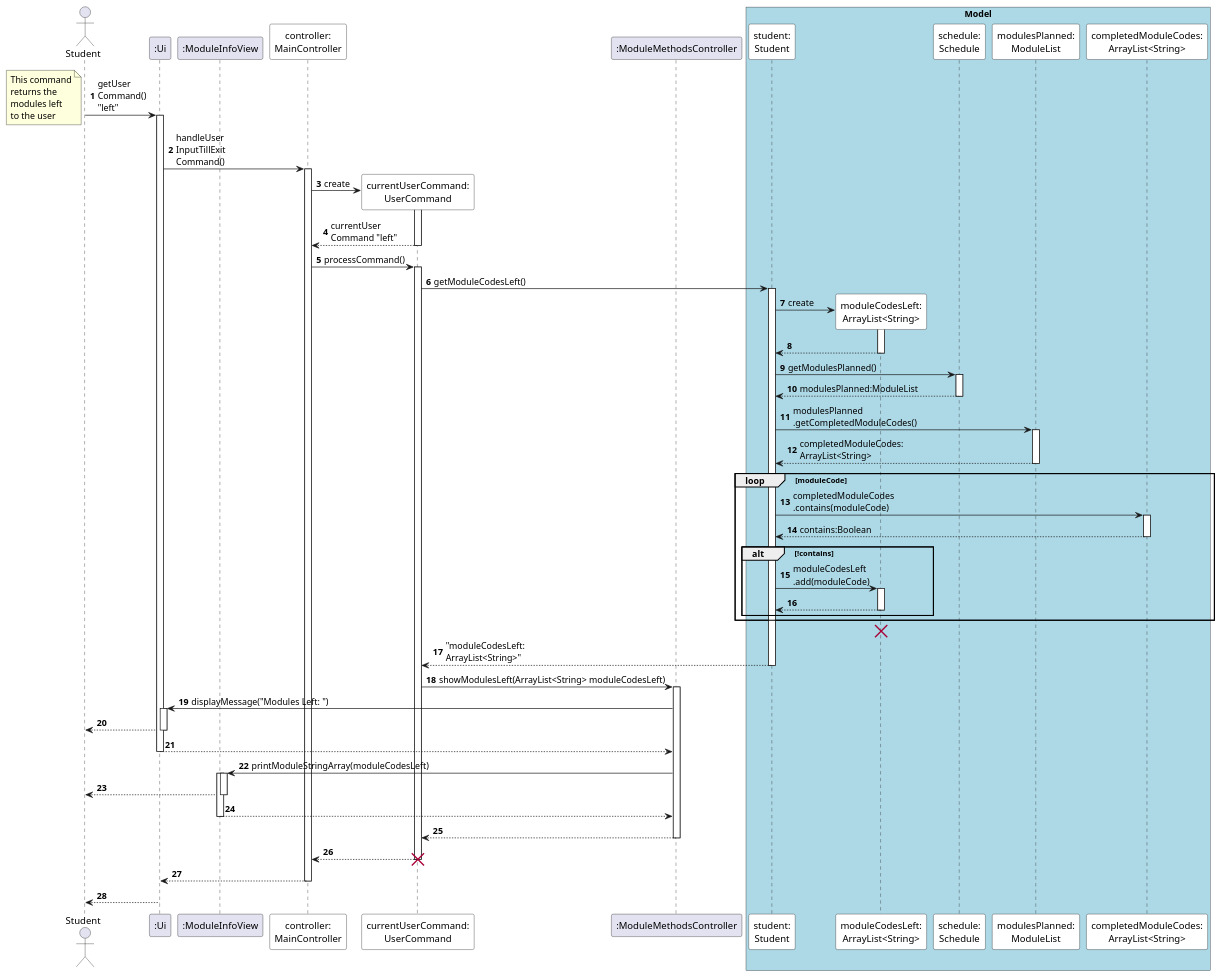
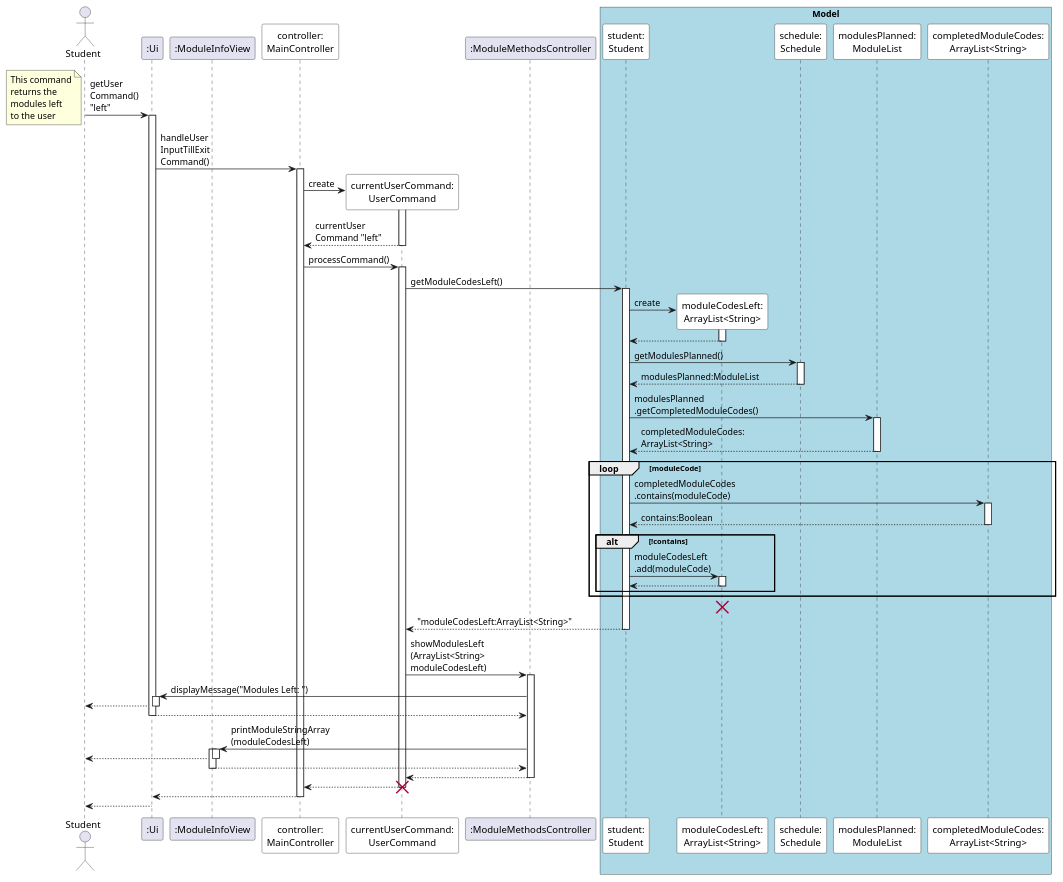
The diagram in docs/diagrams/LeftFeature.puml (ryanlohyr/NUSDegs), drawn with PlantUML before and after one commit.

Commit message:
update left feature sequence diagram again

```diff
--- a/docs/diagrams/LeftFeature.puml
+++ b/docs/diagrams/LeftFeature.puml
@@ -1,109 +1,109 @@
 @startuml
 'https://plantuml.com/sequence-diagram
 
-autonumber
+'autonumber
 autoactivate on
 
 actor Student
 
 participant ":Ui" as UI
 participant ":ModuleInfoView" as MIV
 
 
 Student -> UI: getUser\nCommand() \n"left"
 note bottom
 This command
 returns the
 modules left
 to the user
 end note
 
 participant "controller:\nMainController" as MC #white
 
 UI -> MC: handleUser\nInputTillExit\nCommand()
 
 participant "currentUserCommand:\nUserCommand" as UC #white
 
 participant ":ModuleMethodsController" as MMC
 
 
 MC -> UC **: create
 activate UC
 UC --> MC: currentUser\nCommand "left"
 
 MC -> UC: processCommand()
 
 box "Model" #LightBlue
 participant "student:\nStudent" as S #white
 participant "moduleCodesLeft:\nArrayList<String>" as MCL #white
 participant "schedule:\nSchedule" as SCH #white
 participant "modulesPlanned:\nModuleList" as MP #white
 participant "completedModuleCodes:\nArrayList<String>" as CMC #white
 end box
 
 
 
 UC -> S: getModuleCodesLeft()
 
 
 'create moduleCodesLeft
 S -> MCL **: create
 activate MCL
 MCL --> S
 
 
 
 'schedule.getModulesPlanned().getCompletedModuleCodes()
 S -> SCH: getModulesPlanned()
 SCH --> S: modulesPlanned:ModuleList
 
 
 S -> MP: modulesPlanned\n.getCompletedModuleCodes()
 MP --> S: completedModuleCodes:\nArrayList<String>
 
 
 
 loop moduleCode
 
     S -> CMC: completedModuleCodes\n.contains(moduleCode)
     CMC --> S: contains:Boolean
 
     alt !contains
         'moduleCodesLeft.add(moduleCode)
         S -> MCL: moduleCodesLeft\n.add(moduleCode)
         MCL --> S
     end
 
 end
 
 destroy MCL
 
-S --> UC: "moduleCodesLeft:\nArrayList<String>"
+S --> UC: "moduleCodesLeft:ArrayList<String>"
 
 
-UC -> MMC: showModulesLeft(ArrayList<String> moduleCodesLeft)
+UC -> MMC: showModulesLeft\n(ArrayList<String> \nmoduleCodesLeft)
 
 MMC -> UI: displayMessage("Modules Left: ")
 UI --> Student
 UI --> MMC
 
 
-MMC -> MIV: printModuleStringArray(moduleCodesLeft)
+MMC -> MIV: printModuleStringArray\n(moduleCodesLeft)
 activate MIV
 MIV --> Student
 MIV --> MMC
 deactivate MIV
 
 
 MMC --> UC
 
 UC --> MC
 destroy UC
 
 
 MC --> UI
 UI --> Student
 
 
 
 @enduml
```
